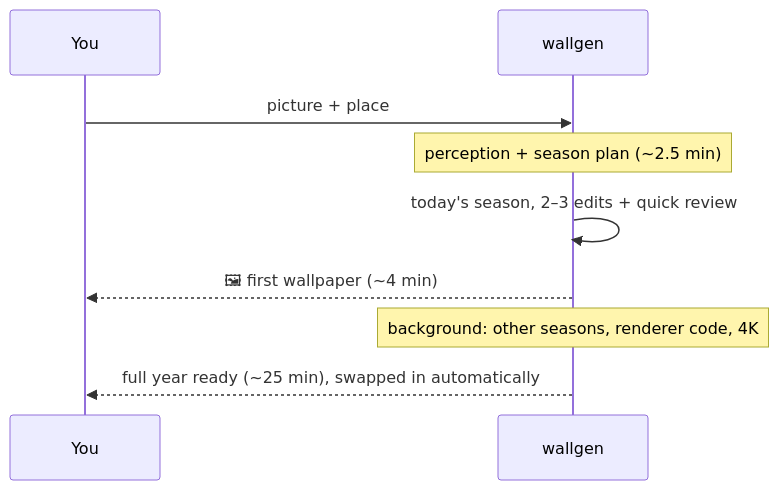
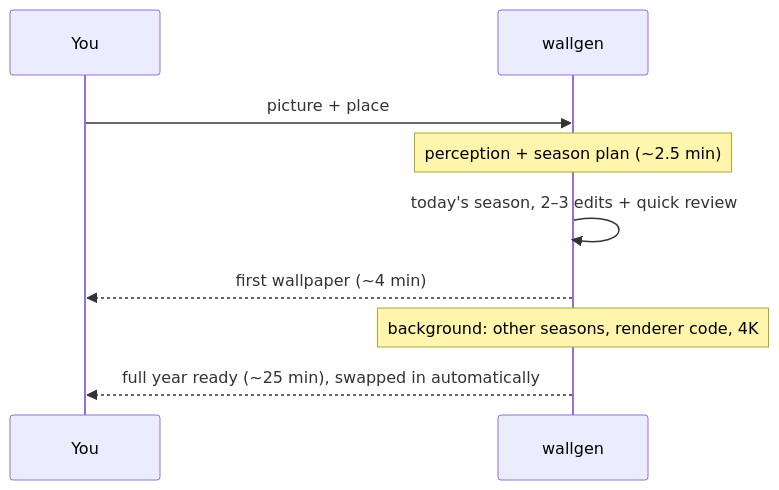
One commit to Preet0504/chicago-dynamic-wallpaper changed the third of 3 diagrams in README.md. Above: the diagram before and after it, drawn with Mermaid. The commit also changed other lines of this file and 16 other files, not shown here.

First line of the commit message:
Docs: clearer architecture diagram with real result images, no emojis

````diff
--- a/README.md
+++ b/README.md
@@ -91,11 +93,11 @@
 ```mermaid
 sequenceDiagram
     participant You
     participant App as wallgen
     You->>App: picture + place
     Note over App: perception + season plan (~2.5 min)
     App->>App: today's season, 2–3 edits + quick review
-    App-->>You: 🖼 first wallpaper (~4 min)
+    App-->>You: first wallpaper (~4 min)
     Note over App: background: other seasons, renderer code, 4K
     App-->>You: full year ready (~25 min), swapped in automatically
 ```
````
